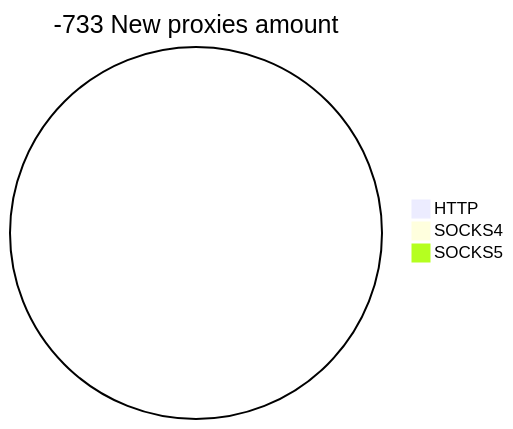
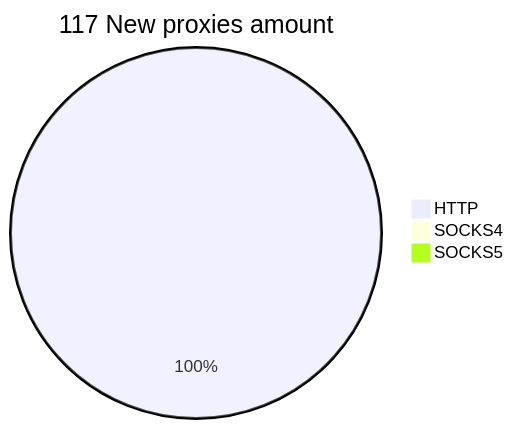
The second of 2 diagrams in README.md (cutipu/proxylist), drawn with Mermaid before and after one commit. The commit also changed other lines of this file, not shown here.

````diff
--- a/README.md
+++ b/README.md
@@ -10,6 +10,6 @@
 ```mermaid
-pie title -733 New proxies amount
-    "HTTP" : 0
+pie title 117 New proxies amount
+    "HTTP" : 117
     "SOCKS4" : 0
     "SOCKS5" : 0
 ```
````
